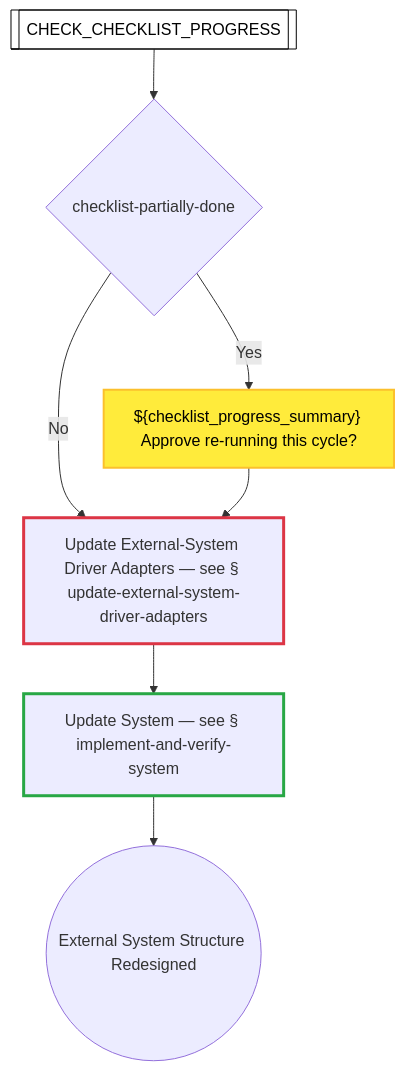
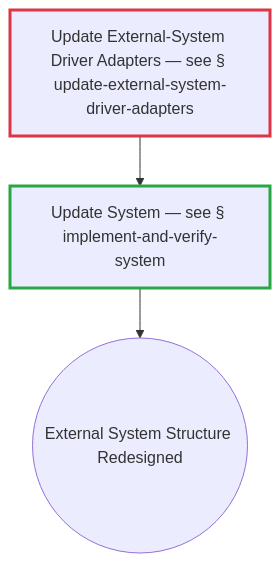
One commit to optivem/gh-optivem changed diagram 50 of 53 in docs/process-diagram.md. Above: the diagram before and after it, drawn with Mermaid. The commit also changed other lines of this file and 89 other files, not shown here.

Commit message:
atdd: regenerate process-flow diagram

````diff
--- a/docs/process-diagram.md
+++ b/docs/process-diagram.md
@@ -864,28 +793,15 @@
 ```mermaid
 flowchart TD
-    CHECK_CHECKLIST_PROGRESS[[CHECK_CHECKLIST_PROGRESS]]
-    GATE_CHECKLIST_PARTIALLY_DONE{checklist-partially-done}
     IMPLEMENT_AND_VERIFY_SYSTEM[Update System — see § implement-and-verify-system]
     REDESIGN_EXTERNAL_END((External System Structure Redesigned))
-    STOP_CHECKLIST_PARTIALLY_DONE["${checklist_progress_summary} Approve re-running this cycle?"]
     UPDATE_EXTERNAL_SYSTEM_DRIVER_ADAPTERS[Update External-System Driver Adapters — see § update-external-system-driver-adapters]
 
-    CHECK_CHECKLIST_PROGRESS --> GATE_CHECKLIST_PARTIALLY_DONE
-    GATE_CHECKLIST_PARTIALLY_DONE -- Yes --> STOP_CHECKLIST_PARTIALLY_DONE
-    GATE_CHECKLIST_PARTIALLY_DONE -- No --> UPDATE_EXTERNAL_SYSTEM_DRIVER_ADAPTERS
-    STOP_CHECKLIST_PARTIALLY_DONE --> UPDATE_EXTERNAL_SYSTEM_DRIVER_ADAPTERS
     UPDATE_EXTERNAL_SYSTEM_DRIVER_ADAPTERS --> IMPLEMENT_AND_VERIFY_SYSTEM
     IMPLEMENT_AND_VERIFY_SYSTEM --> REDESIGN_EXTERNAL_END
-
-    classDef serviceNode fill:#ffffff,stroke:#000000,stroke-width:1px,color:#000000
-    class CHECK_CHECKLIST_PROGRESS serviceNode
-
-    classDef humanNode fill:#ffeb3b,stroke:#fbc02d,stroke-width:2px,color:#000000
-    class STOP_CHECKLIST_PARTIALLY_DONE humanNode
 
     classDef tddRedNode stroke:#dc3545,stroke-width:3px
     class UPDATE_EXTERNAL_SYSTEM_DRIVER_ADAPTERS tddRedNode
 
     classDef tddGreenNode stroke:#28a745,stroke-width:3px
     class IMPLEMENT_AND_VERIFY_SYSTEM tddGreenNode
 ```
````
